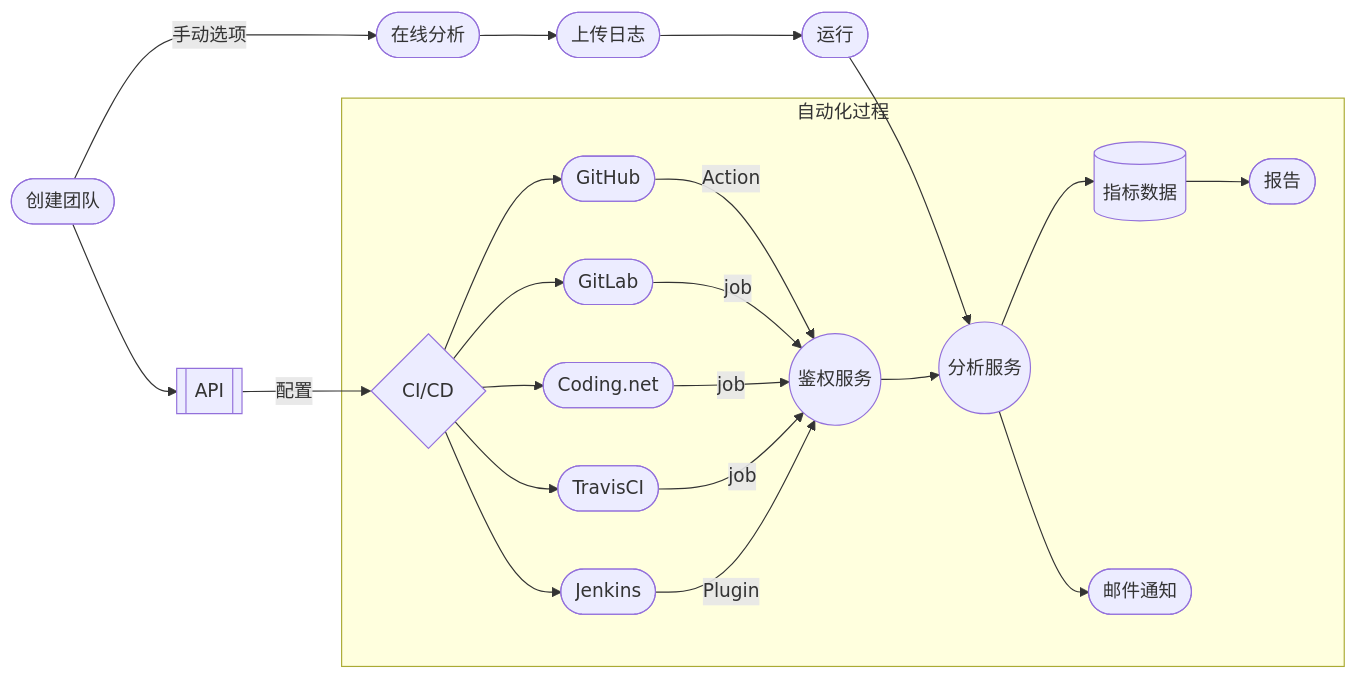
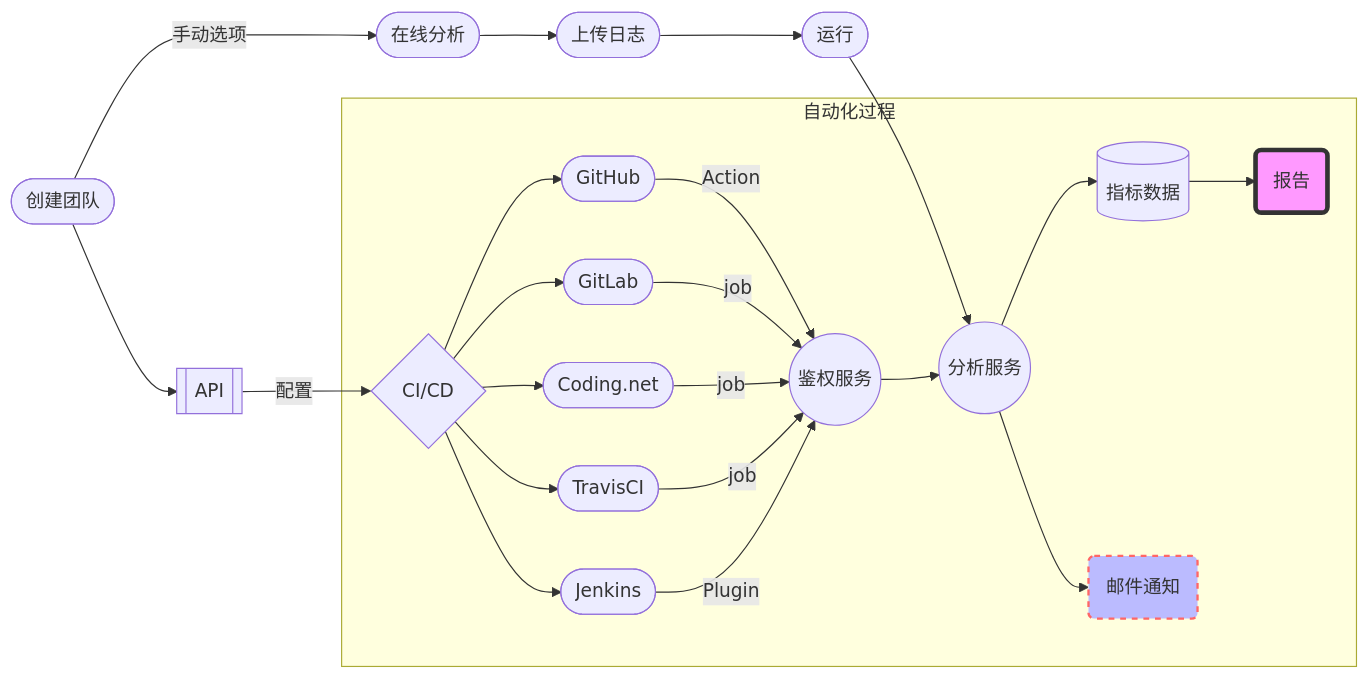
Before and after one commit to FieldTech/xdocs: the diagram in README.md, drawn with Mermaid. The commit also changed 4 other files, not shown here.

````diff
--- a/README.md
+++ b/README.md
@@ -15,25 +15,27 @@
 ```mermaid
 graph LR
     team([创建团队]) --> API[[API]]
     team --手动选项--> online([在线分析])
     online --> upload([上传日志])
     upload --> run([运行])
     run --> analysis
     API --配置--> tools{CI/CD}
     subgraph 自动化过程
         tools --> GitHub([GitHub])
         tools --> GitLab([GitLab])
         tools --> Coding([Coding.net])
         tools --> Travis([TravisCI])
         tools --> Jenkins([Jenkins])
         GitHub --Action--> auth((鉴权服务))
         GitLab --job--> auth
         Coding --job--> auth
         Travis --job--> auth
         Jenkins --Plugin--> auth
         auth --> analysis((分析服务))
         analysis --> data[(指标数据)]
-        analysis --> notice([邮件通知])
-        data --> reports([报告])
+        analysis --> notice(邮件通知)
+        data --> reports(报告)
+        style reports fill:#f9f,stroke:#333,stroke-width:4px
+        style notice fill:#bbf,stroke:#f66,stroke-width:2px,stroke-dasharray: 5, 5
     end
 ```
````
